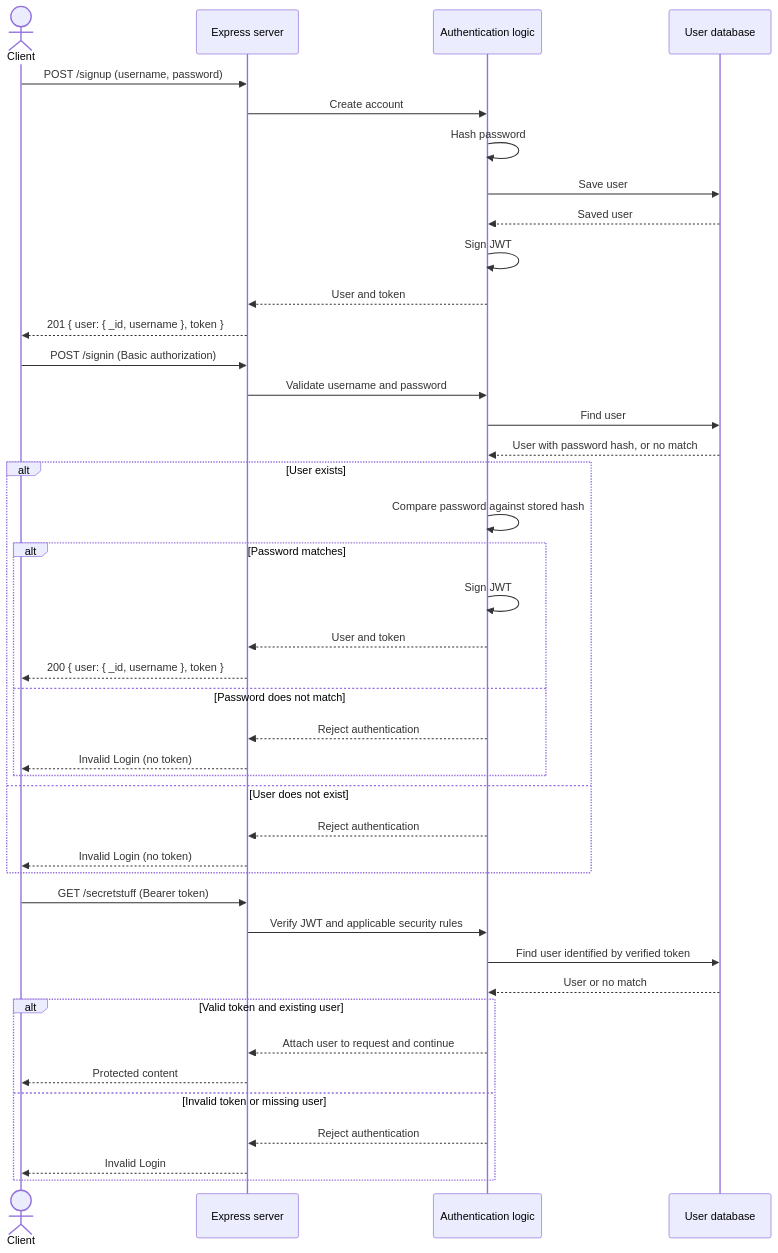
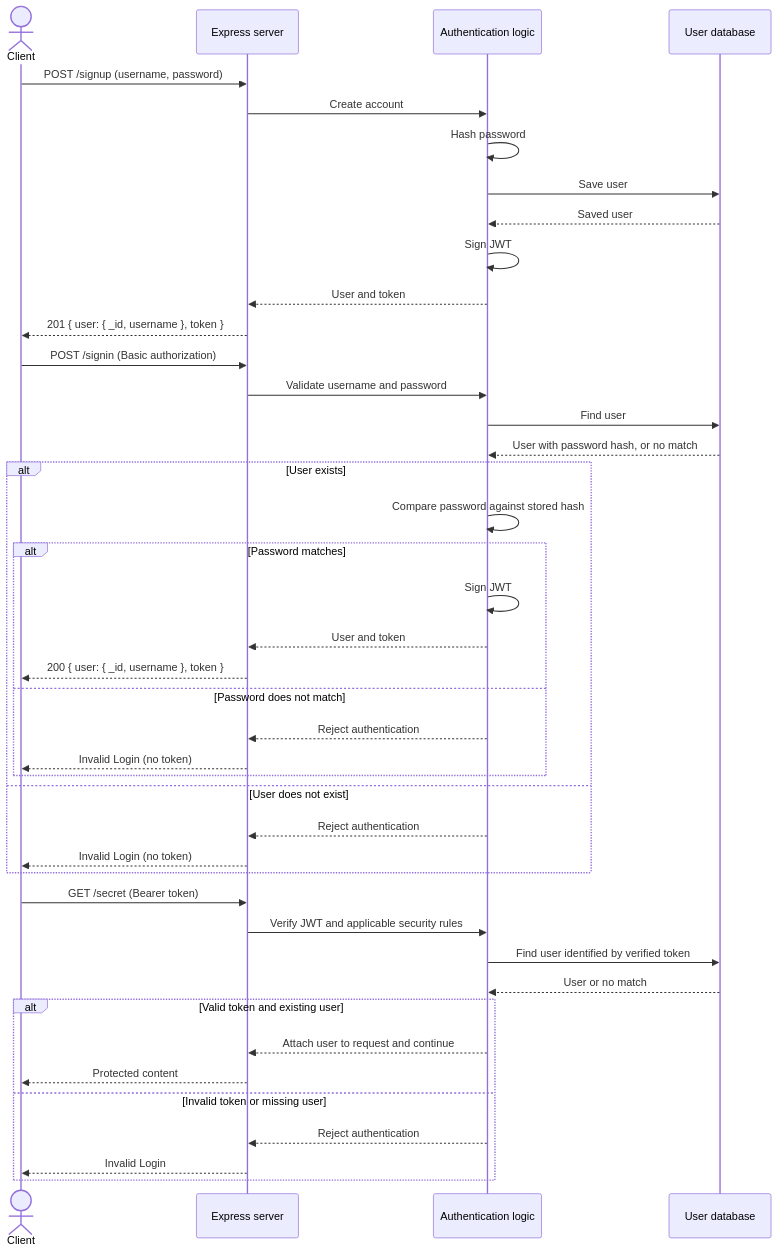
One commit to tonch-LIV/bearerAuth changed the diagram in README.md. Above: the diagram before and after it, drawn with Mermaid. The commit also changed other lines of this file and 2 other files, not shown here.

Commit message:
changelog line 104, 110 - 111; bearer middleware fixes and tests passed

````diff
--- a/README.md
+++ b/README.md
@@ -7,47 +7,47 @@
 ```mermaid
 sequenceDiagram
     actor Client
     participant Server as Express server
     participant Auth as Authentication logic
     participant DB as User database
 
     Client->>Server: POST /signup (username, password)
     Server->>Auth: Create account
     Auth->>Auth: Hash password
     Auth->>DB: Save user
     DB-->>Auth: Saved user
     Auth->>Auth: Sign JWT
     Auth-->>Server: User and token
     Server-->>Client: 201 { user: { _id, username }, token }
 
     Client->>Server: POST /signin (Basic authorization)
     Server->>Auth: Validate username and password
     Auth->>DB: Find user
     DB-->>Auth: User with password hash, or no match
     alt User exists
         Auth->>Auth: Compare password against stored hash
         alt Password matches
             Auth->>Auth: Sign JWT
             Auth-->>Server: User and token
             Server-->>Client: 200 { user: { _id, username }, token }
         else Password does not match
             Auth-->>Server: Reject authentication
             Server-->>Client: Invalid Login (no token)
         end
     else User does not exist
         Auth-->>Server: Reject authentication
         Server-->>Client: Invalid Login (no token)
     end
 
-    Client->>Server: GET /secretstuff (Bearer token)
+    Client->>Server: GET /secret (Bearer token)
     Server->>Auth: Verify JWT and applicable security rules
     Auth->>DB: Find user identified by verified token
     DB-->>Auth: User or no match
     alt Valid token and existing user
         Auth-->>Server: Attach user to request and continue
         Server-->>Client: Protected content
     else Invalid token or missing user
         Auth-->>Server: Reject authentication
         Server-->>Client: Invalid Login
     end
 ```
````
